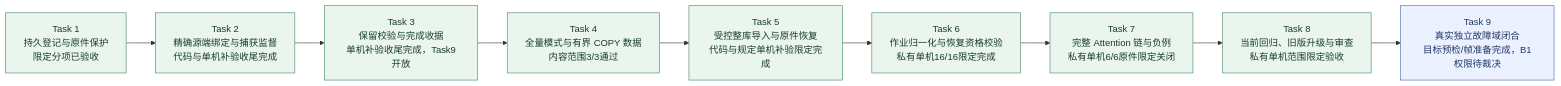
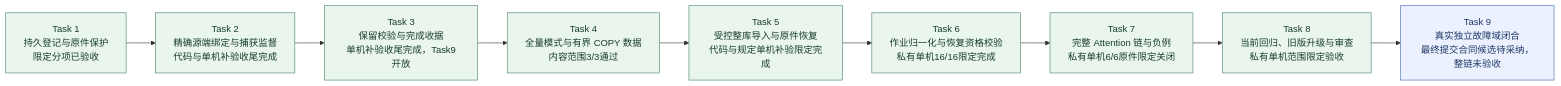
Before and after one commit to MansurnamedZhang/learning-system-p0c4: the second of 9 diagrams in docs/KnowWeave实施路线与系统架构.md, drawn with Mermaid. The commit also changed other lines of this file and 9 other files, not shown here.

````diff
--- a/docs/KnowWeave实施路线与系统架构.md
+++ b/docs/KnowWeave实施路线与系统架构.md
@@ -80,25 +80,25 @@
 ```mermaid
 flowchart LR
     C4T1["Task 1<br/>持久登记与原件保护<br/>限定分项已验收"]
     C4T2["Task 2<br/>精确源端绑定与捕获监督<br/>代码与单机补验收尾完成"]
     C4T3["Task 3<br/>保留校验与完成收据<br/>单机补验收尾完成，Task9开放"]
     C4T4["Task 4<br/>全量模式与有界 COPY 数据<br/>内容范围3/3通过"]
     C4T5["Task 5<br/>受控整库导入与原件恢复<br/>代码与规定单机补验限定完成"]
     C4T6["Task 6<br/>作业归一化与恢复资格校验<br/>私有单机16/16限定完成"]
     C4T7["Task 7<br/>完整 Attention 链与负例<br/>私有单机6/6原件限定关闭"]
     C4T8["Task 8<br/>当前回归、旧版升级与审查<br/>私有单机范围限定验收"]
-    C4T9["Task 9<br/>真实独立故障域闭合<br/>目标预检/帧准备完成，B1权限待裁决"]
+    C4T9["Task 9<br/>真实独立故障域闭合<br/>最终提交合同候选待采纳，整链未验收"]
     C4T1 --> C4T2
     C4T2 --> C4T3
     C4T3 --> C4T4
     C4T4 --> C4T5
     C4T5 --> C4T6
     C4T6 --> C4T7
     C4T7 --> C4T8
     C4T8 --> C4T9
     class C4T1,C4T2,C4T3,C4T4,C4T5,C4T6,C4T7,C4T8 done
     class C4T9 next
     classDef done fill:#eaf5ee,stroke:#438363,color:#173d2b
     classDef next fill:#ebf1ff,stroke:#4365b4,color:#203866
     classDef planned fill:#f2f4f8,stroke:#8591a3,color:#28354b
 ```
````
